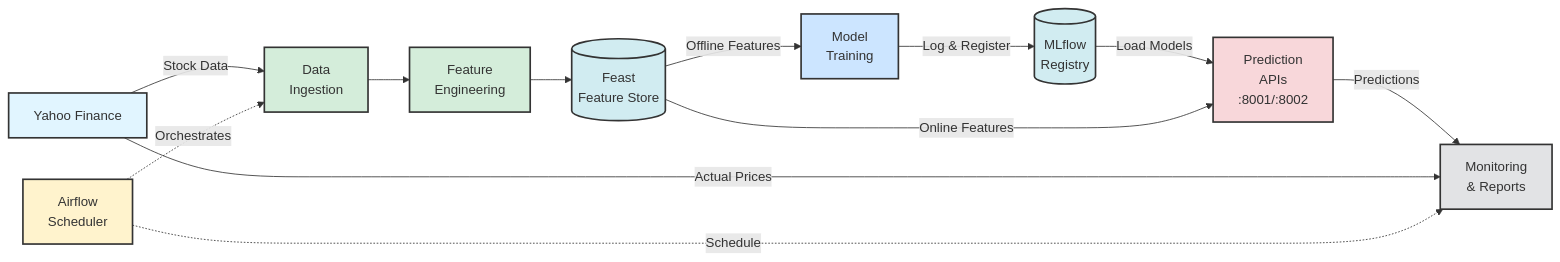
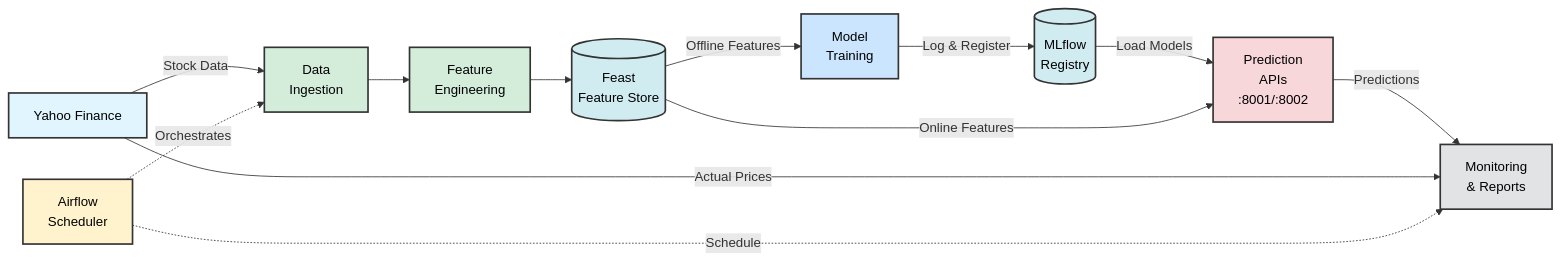
Before and after one commit to gunaxprofessional/End-to-End-stock-prediction--yfinance-: the diagram in README.md, drawn with Mermaid.

Commit message:
docs: Add black text color to Mermaid diagram class definitions for improved readability.

````diff
--- a/README.md
+++ b/README.md
@@ -228,56 +228,56 @@
 ```mermaid
 graph LR
     %% Data Sources
     YF[Yahoo Finance]
     
     %% Orchestration
     AIRFLOW[Airflow<br/>Scheduler]
     
     %% Pipeline Stages
     INGEST[Data<br/>Ingestion]
     FEATURES[Feature<br/>Engineering]
     FEAST[(Feast<br/>Feature Store)]
     
     %% Training
     TRAIN[Model<br/>Training]
     MLFLOW[(MLflow<br/>Registry)]
     
     %% Serving
     API[Prediction<br/>APIs<br/>:8001/:8002]
     
     %% Monitoring
     MONITOR[Monitoring<br/>& Reports]
     
     %% Main Flow
     YF -->|Stock Data| INGEST
     AIRFLOW -.->|Orchestrates| INGEST
     INGEST --> FEATURES
     FEATURES --> FEAST
     
     FEAST -->|Offline Features| TRAIN
     TRAIN -->|Log & Register| MLFLOW
     
     MLFLOW -->|Load Models| API
     FEAST -->|Online Features| API
     
     API -->|Predictions| MONITOR
     YF -->|Actual Prices| MONITOR
     AIRFLOW -.->|Schedule| MONITOR
     
     %% Styling
-    classDef source fill:#e1f5ff,stroke:#333,stroke-width:2px
-    classDef orchestration fill:#fff3cd,stroke:#333,stroke-width:2px
-    classDef pipeline fill:#d4edda,stroke:#333,stroke-width:2px
-    classDef storage fill:#d1ecf1,stroke:#333,stroke-width:2px
-    classDef model fill:#cce5ff,stroke:#333,stroke-width:2px
-    classDef serve fill:#f8d7da,stroke:#333,stroke-width:2px
-    classDef monitor fill:#e2e3e5,stroke:#333,stroke-width:2px
+    classDef source fill:#e1f5ff,stroke:#333,stroke-width:2px,color:black
+    classDef orchestration fill:#fff3cd,stroke:#333,stroke-width:2px,color:black
+    classDef pipeline fill:#d4edda,stroke:#333,stroke-width:2px,color:black
+    classDef storage fill:#d1ecf1,stroke:#333,stroke-width:2px,color:black
+    classDef model fill:#cce5ff,stroke:#333,stroke-width:2px,color:black
+    classDef serve fill:#f8d7da,stroke:#333,stroke-width:2px,color:black
+    classDef monitor fill:#e2e3e5,stroke:#333,stroke-width:2px,color:black
     
     class YF source
     class AIRFLOW orchestration
     class INGEST,FEATURES pipeline
     class FEAST,MLFLOW storage
     class TRAIN model
     class API serve
     class MONITOR monitor
 ```
````
